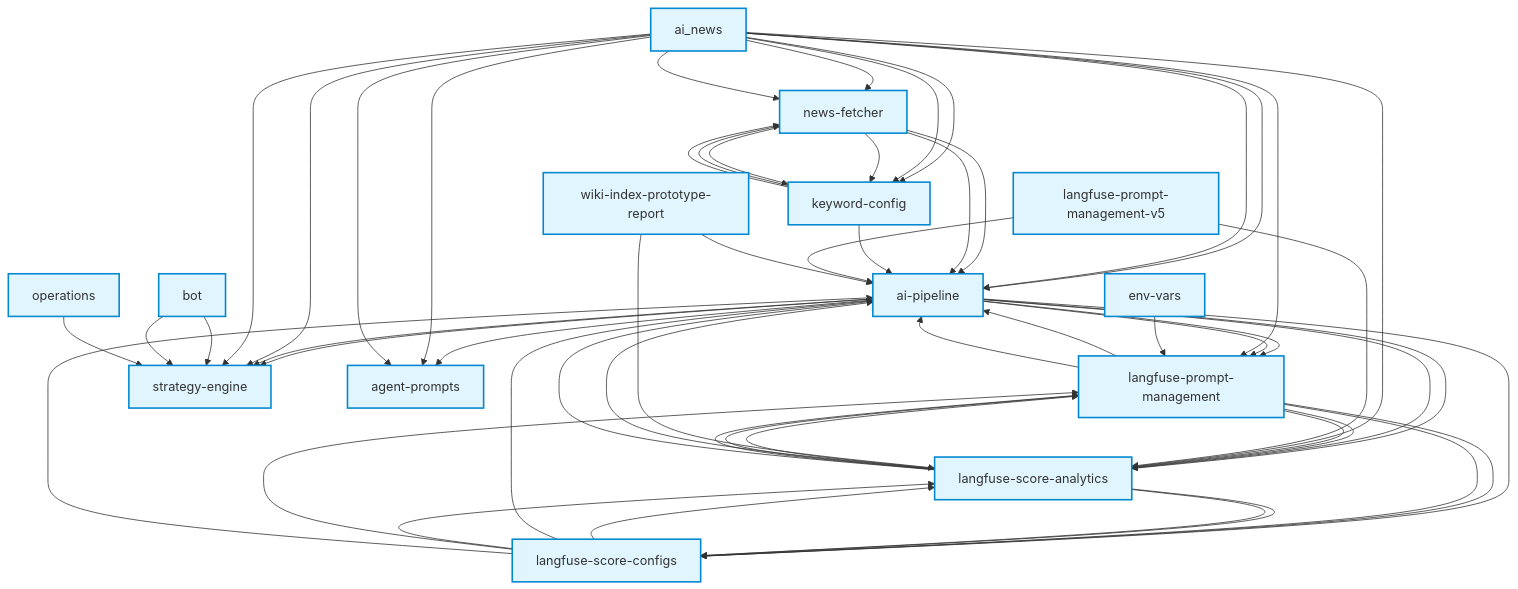
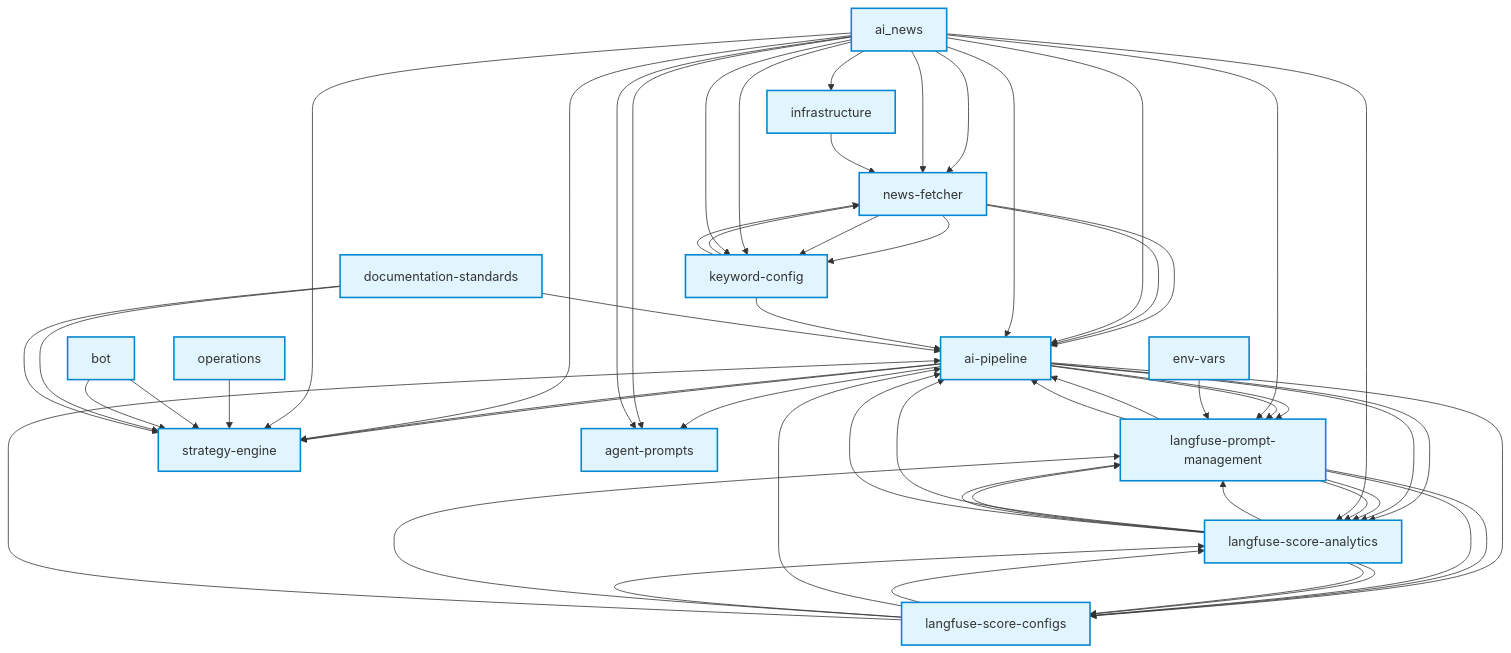
One commit to joysrr/InvestmentLineNotify changed the diagram in docs/meta/concept-graph.mmd. Above: the diagram before and after it, drawn with Mermaid. The commit also changed 16 other files, not shown here.

First line of the commit message:
docs: 補齊 news_pool.md、更正投資分層誤判、校正過時路徑並重構 LLM Wiki 索引

```diff
--- a/docs/meta/concept-graph.mmd
+++ b/docs/meta/concept-graph.mmd
@@ -1,71 +1,72 @@
 graph TB
   ai_pipeline[ai-pipeline] --> langfuse_prompt_management[langfuse-prompt-management]
   ai_pipeline[ai-pipeline] --> langfuse_score_analytics[langfuse-score-analytics]
   ai_pipeline[ai-pipeline] --> strategy_engine[strategy-engine]
   ai_pipeline[ai-pipeline] --> langfuse_prompt_management[langfuse-prompt-management]
   ai_pipeline[ai-pipeline] --> langfuse_score_analytics[langfuse-score-analytics]
   ai_pipeline[ai-pipeline] --> langfuse_score_configs[langfuse-score-configs]
   ai_pipeline[ai-pipeline] --> agent_prompts[agent-prompts]
   ai_pipeline[ai-pipeline] --> strategy_engine[strategy-engine]
   langfuse_prompt_management[langfuse-prompt-management] --> langfuse_score_analytics[langfuse-score-analytics]
   langfuse_prompt_management[langfuse-prompt-management] --> langfuse_score_configs[langfuse-score-configs]
   langfuse_prompt_management[langfuse-prompt-management] --> ai_pipeline[ai-pipeline]
   langfuse_prompt_management[langfuse-prompt-management] --> langfuse_score_analytics[langfuse-score-analytics]
   langfuse_prompt_management[langfuse-prompt-management] --> langfuse_score_configs[langfuse-score-configs]
   langfuse_prompt_management[langfuse-prompt-management] --> ai_pipeline[ai-pipeline]
   langfuse_score_analytics[langfuse-score-analytics] --> langfuse_prompt_management[langfuse-prompt-management]
   langfuse_score_analytics[langfuse-score-analytics] --> ai_pipeline[ai-pipeline]
   langfuse_score_analytics[langfuse-score-analytics] --> langfuse_score_configs[langfuse-score-configs]
   langfuse_score_analytics[langfuse-score-analytics] --> langfuse_prompt_management[langfuse-prompt-management]
   langfuse_score_analytics[langfuse-score-analytics] --> langfuse_prompt_management[langfuse-prompt-management]
   langfuse_score_analytics[langfuse-score-analytics] --> langfuse_score_configs[langfuse-score-configs]
   langfuse_score_analytics[langfuse-score-analytics] --> ai_pipeline[ai-pipeline]
+  news_fetcher[news-fetcher] --> keyword_config[keyword-config]
+  news_fetcher[news-fetcher] --> ai_pipeline[ai-pipeline]
+  news_fetcher[news-fetcher] --> keyword_config[keyword-config]
+  news_fetcher[news-fetcher] --> ai_pipeline[ai-pipeline]
   ai_news[ai_news] --> ai_pipeline[ai-pipeline]
   ai_news[ai_news] --> langfuse_prompt_management[langfuse-prompt-management]
   ai_news[ai_news] --> langfuse_score_analytics[langfuse-score-analytics]
   ai_news[ai_news] --> news_fetcher[news-fetcher]
   ai_news[ai_news] --> keyword_config[keyword-config]
   ai_news[ai_news] --> agent_prompts[agent-prompts]
   ai_news[ai_news] --> news_fetcher[news-fetcher]
   ai_news[ai_news] --> keyword_config[keyword-config]
   ai_news[ai_news] --> ai_pipeline[ai-pipeline]
   ai_news[ai_news] --> agent_prompts[agent-prompts]
   ai_news[ai_news] --> strategy_engine[strategy-engine]
   ai_news[ai_news] --> strategy_engine[strategy-engine]
+  ai_news[ai_news] --> infrastructure[infrastructure]
   langfuse_score_configs[langfuse-score-configs] --> langfuse_score_analytics[langfuse-score-analytics]
   langfuse_score_configs[langfuse-score-configs] --> ai_pipeline[ai-pipeline]
   langfuse_score_configs[langfuse-score-configs] --> langfuse_score_analytics[langfuse-score-analytics]
   langfuse_score_configs[langfuse-score-configs] --> langfuse_prompt_management[langfuse-prompt-management]
   langfuse_score_configs[langfuse-score-configs] --> ai_pipeline[ai-pipeline]
-  news_fetcher[news-fetcher] --> keyword_config[keyword-config]
-  news_fetcher[news-fetcher] --> ai_pipeline[ai-pipeline]
-  news_fetcher[news-fetcher] --> keyword_config[keyword-config]
-  news_fetcher[news-fetcher] --> ai_pipeline[ai-pipeline]
   keyword_config[keyword-config] --> news_fetcher[news-fetcher]
   keyword_config[keyword-config] --> news_fetcher[news-fetcher]
   keyword_config[keyword-config] --> ai_pipeline[ai-pipeline]
+  operations[operations] --> strategy_engine[strategy-engine]
   bot[bot] --> strategy_engine[strategy-engine]
   bot[bot] --> strategy_engine[strategy-engine]
-  langfuse_prompt_management_v5[langfuse-prompt-management-v5] --> langfuse_score_analytics[langfuse-score-analytics]
-  langfuse_prompt_management_v5[langfuse-prompt-management-v5] --> ai_pipeline[ai-pipeline]
-  operations[operations] --> strategy_engine[strategy-engine]
+  documentation_standards[documentation-standards] --> strategy_engine[strategy-engine]
+  documentation_standards[documentation-standards] --> ai_pipeline[ai-pipeline]
+  documentation_standards[documentation-standards] --> strategy_engine[strategy-engine]
+  infrastructure[infrastructure] --> news_fetcher[news-fetcher]
   env_vars[env-vars] --> langfuse_prompt_management[langfuse-prompt-management]
-  wiki_index_prototype_report[wiki-index-prototype-report] --> langfuse_score_analytics[langfuse-score-analytics]
-  wiki_index_prototype_report[wiki-index-prototype-report] --> ai_pipeline[ai-pipeline]
 
   classDef coreNode fill:#e1f5ff,stroke:#0288d1,stroke-width:2px
   class ai_pipeline coreNode
+  class strategy_engine coreNode
   class langfuse_prompt_management coreNode
   class langfuse_score_analytics coreNode
+  class news_fetcher coreNode
   class ai_news coreNode
-  class strategy_engine coreNode
   class langfuse_score_configs coreNode
-  class news_fetcher coreNode
   class keyword_config coreNode
   class agent_prompts coreNode
+  class operations coreNode
   class bot coreNode
-  class langfuse_prompt_management_v5 coreNode
-  class operations coreNode
+  class documentation_standards coreNode
+  class infrastructure coreNode
   class env_vars coreNode
   class presentation coreNode
-  class wiki_index_prototype_report coreNode
```
